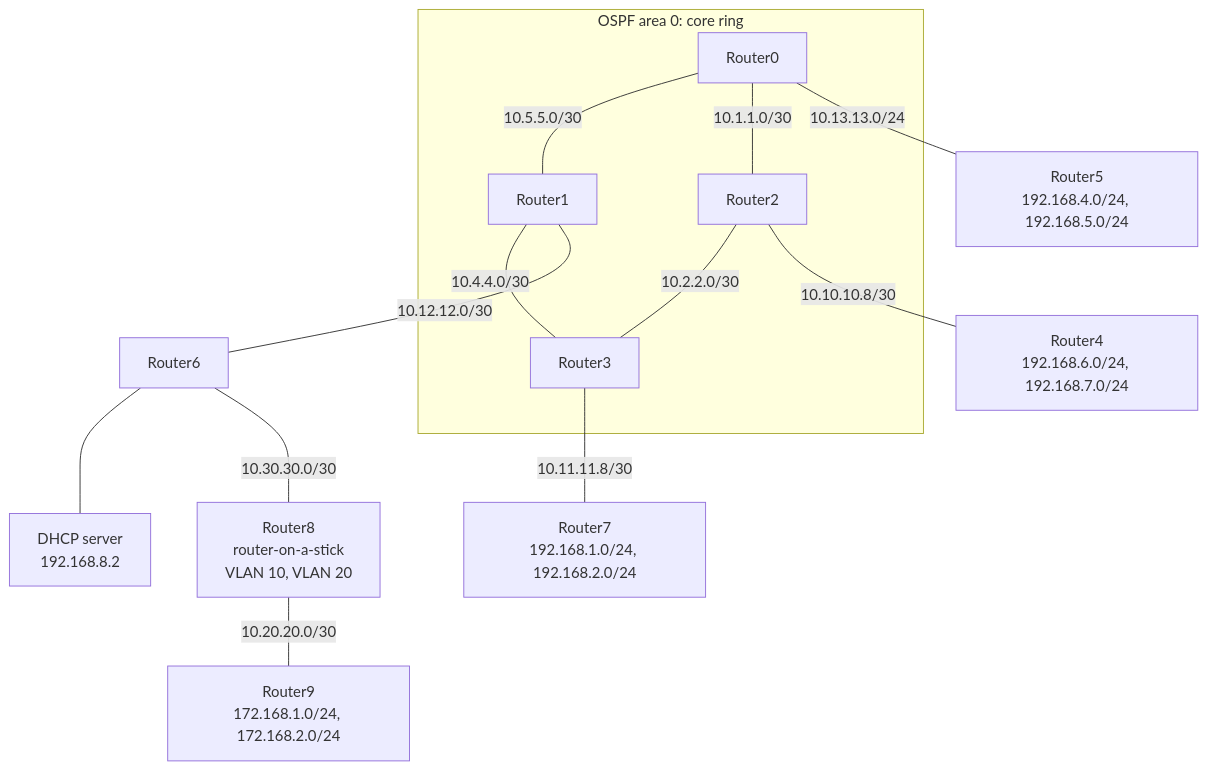
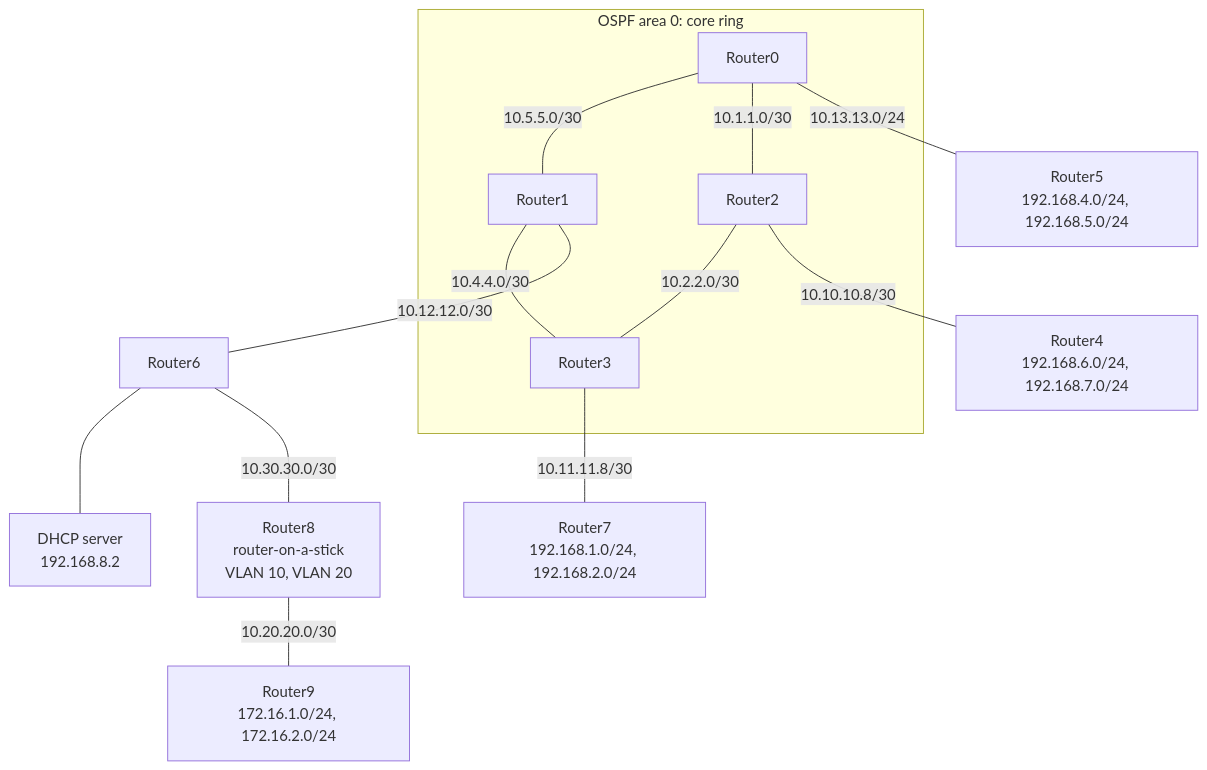
One commit to urimdragusha/packet-tracer-labs changed the diagram in ospf-enterprise-network/README.md. Above: the diagram before and after it, drawn with Mermaid. The commit also changed other lines of this file, not shown here.

````diff
--- a/ospf-enterprise-network/README.md
+++ b/ospf-enterprise-network/README.md
@@ -5,16 +5,16 @@
 ```mermaid
 flowchart TB
     subgraph CORE["OSPF area 0: core ring"]
         R0[Router0] ---|10.5.5.0/30| R1[Router1]
         R0 ---|10.1.1.0/30| R2[Router2]
         R1 ---|10.4.4.0/30| R3[Router3]
         R2 ---|10.2.2.0/30| R3
     end
     R0 ---|10.13.13.0/24| R5["Router5<br/>192.168.4.0/24, 192.168.5.0/24"]
     R2 ---|10.10.10.8/30| R4["Router4<br/>192.168.6.0/24, 192.168.7.0/24"]
     R3 ---|10.11.11.8/30| R7["Router7<br/>192.168.1.0/24, 192.168.2.0/24"]
     R1 ---|10.12.12.0/30| R6["Router6"]
     R6 --- SRV["DHCP server<br/>192.168.8.2"]
     R6 ---|10.30.30.0/30| R8["Router8<br/>router-on-a-stick<br/>VLAN 10, VLAN 20"]
-    R8 ---|10.20.20.0/30| R9["Router9<br/>172.168.1.0/24, 172.168.2.0/24"]
+    R8 ---|10.20.20.0/30| R9["Router9<br/>172.16.1.0/24, 172.16.2.0/24"]
 ```
````
